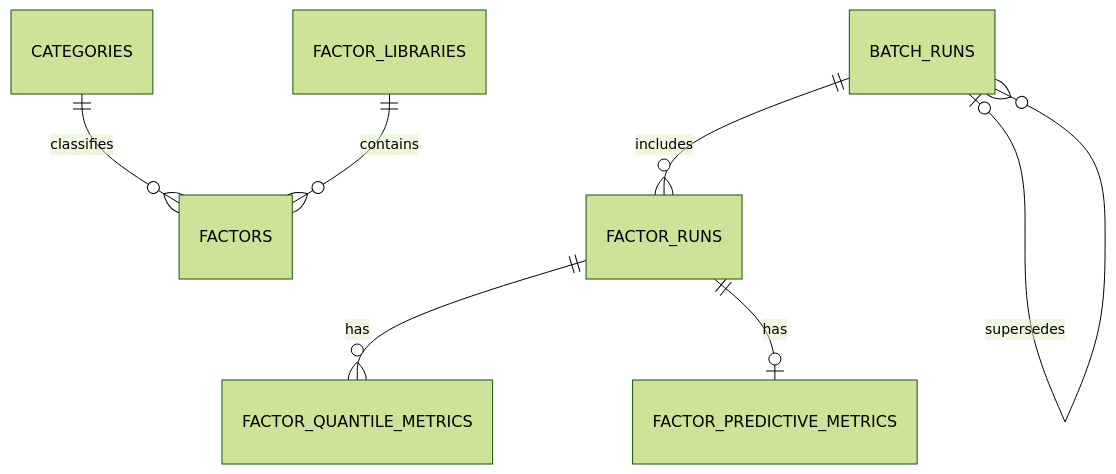
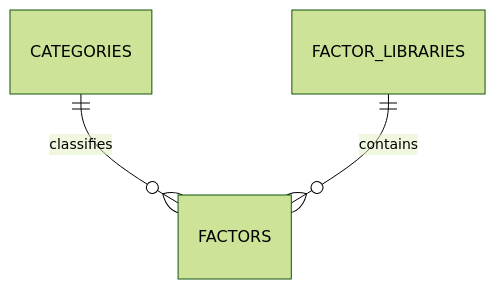
The diagram in docs/数据设计/数据库设计.md (dushilieerem/221), drawn with Mermaid (forest theme) before and after one commit. The commit also changed other lines of this file and 81 other files, not shown here.

````diff
--- a/docs/数据设计/数据库设计.md
+++ b/docs/数据设计/数据库设计.md
@@ -31,9 +31,5 @@
 ```mermaid
 erDiagram
     CATEGORIES ||--o{ FACTORS : classifies
     FACTOR_LIBRARIES ||--o{ FACTORS : contains
-    BATCH_RUNS ||--o{ FACTOR_RUNS : includes
-    FACTOR_RUNS ||--o{ FACTOR_QUANTILE_METRICS : has
-    FACTOR_RUNS ||--o| FACTOR_PREDICTIVE_METRICS : has
-    BATCH_RUNS o|--o{ BATCH_RUNS : supersedes
 ```
````
